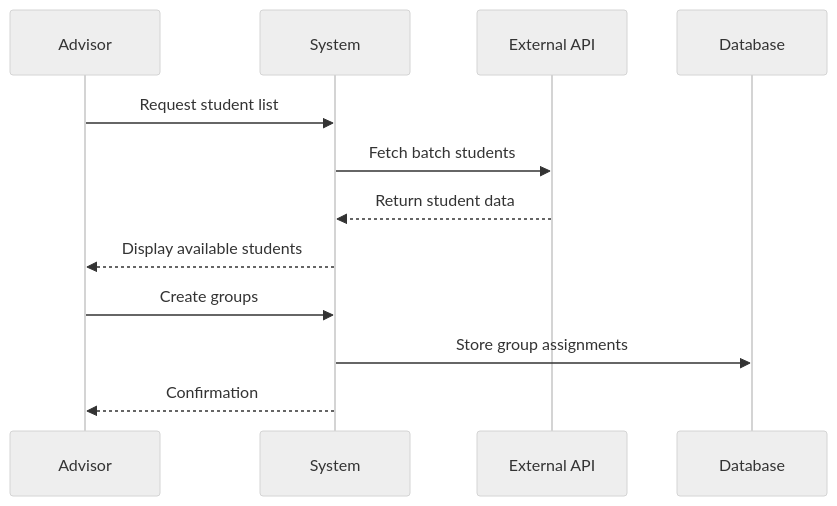
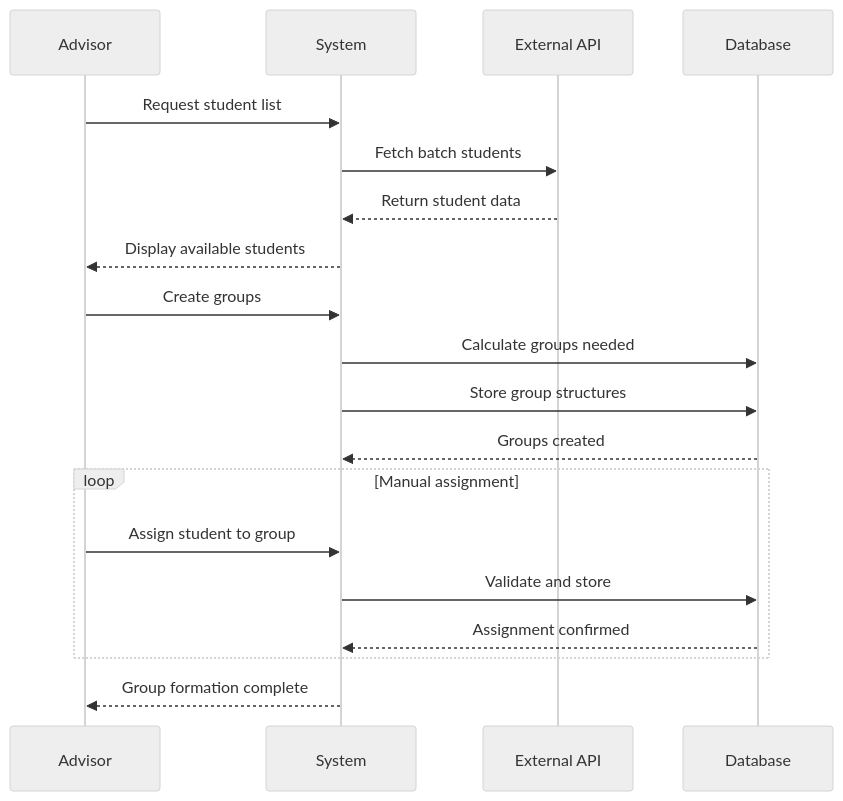
Before and after one commit to abdullah2323442/thesisrepo-backup: diagram 11 of 22 in sequence.md, drawn with Mermaid (neutral theme). The commit also changed other lines of this file, not shown here.

````diff
--- a/sequence.md
+++ b/sequence.md
@@ -234,15 +236,25 @@
 ```mermaid
 sequenceDiagram
     participant Advisor
     participant System
     participant External API
     participant Database
 
     Advisor->>System: Request student list
     System->>External API: Fetch batch students
     External API-->>System: Return student data
     System-->>Advisor: Display available students
+    
     Advisor->>System: Create groups
-    System->>Database: Store group assignments
-    System-->>Advisor: Confirmation
+    System->>Database: Calculate groups needed
+    System->>Database: Store group structures
+    Database-->>System: Groups created
+    
+    loop Manual assignment
+        Advisor->>System: Assign student to group
+        System->>Database: Validate and store
+        Database-->>System: Assignment confirmed
+    end
+    
+    System-->>Advisor: Group formation complete
 ```
````
